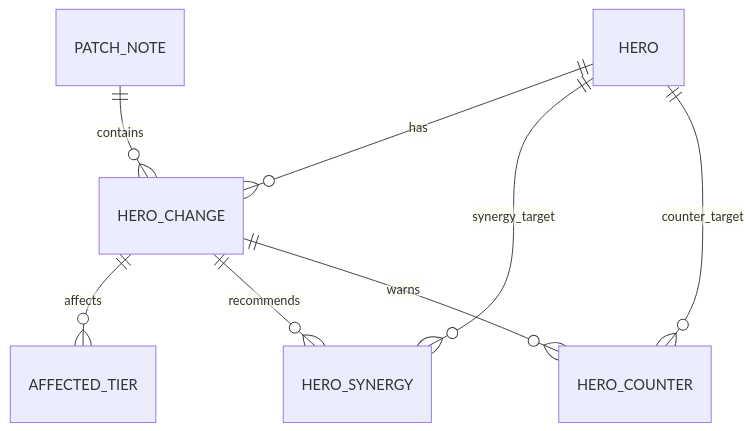
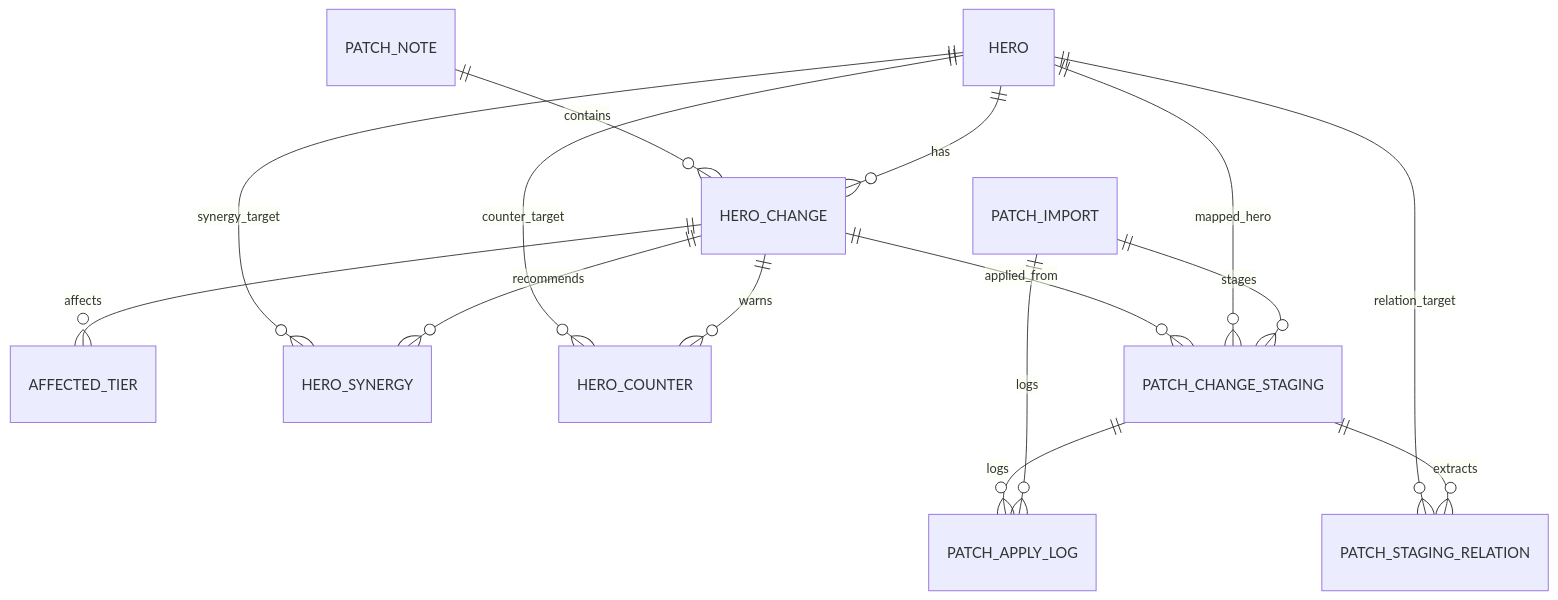
The diagram in docs/DATA_MODEL.md (jxxngxn00/url-mvp-ui-next-js-typescript), drawn with Mermaid before and after one commit. The commit also changed other lines of this file and 24 other files, not shown here.

````diff
--- a/docs/DATA_MODEL.md
+++ b/docs/DATA_MODEL.md
@@ -117,10 +162,18 @@
 ```mermaid
 erDiagram
   HERO ||--o{ HERO_CHANGE : has
   PATCH_NOTE ||--o{ HERO_CHANGE : contains
   HERO_CHANGE ||--o{ AFFECTED_TIER : affects
   HERO_CHANGE ||--o{ HERO_SYNERGY : recommends
   HERO_CHANGE ||--o{ HERO_COUNTER : warns
   HERO ||--o{ HERO_SYNERGY : synergy_target
   HERO ||--o{ HERO_COUNTER : counter_target
+
+  PATCH_IMPORT ||--o{ PATCH_CHANGE_STAGING : stages
+  PATCH_IMPORT ||--o{ PATCH_APPLY_LOG : logs
+  PATCH_CHANGE_STAGING ||--o{ PATCH_STAGING_RELATION : extracts
+  PATCH_CHANGE_STAGING ||--o{ PATCH_APPLY_LOG : logs
+  HERO ||--o{ PATCH_CHANGE_STAGING : mapped_hero
+  HERO ||--o{ PATCH_STAGING_RELATION : relation_target
+  HERO_CHANGE ||--o{ PATCH_CHANGE_STAGING : applied_from
 ```
````
